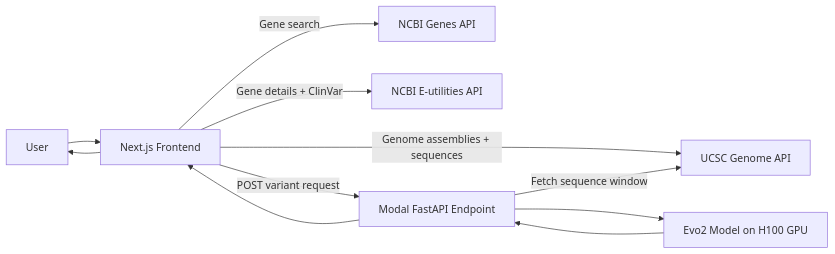
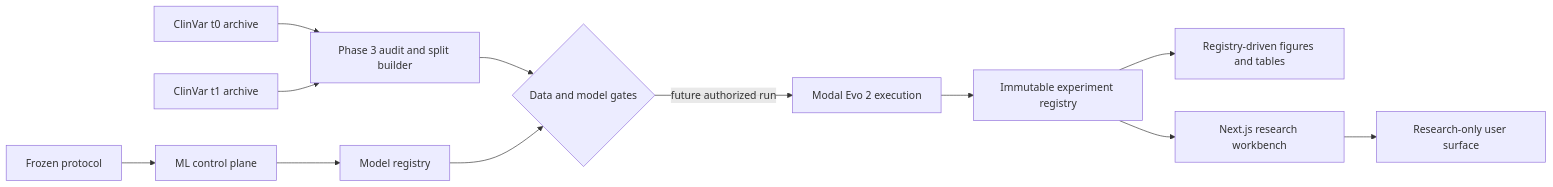
One commit to UtkarsHMer05/EvoVariant-TR- changed the diagram in README.md. Above: the diagram before and after it, drawn with Mermaid. The commit also changed other lines of this file, not shown here.

Commit message:
docs: align README with current research gates

````diff
--- a/README.md
+++ b/README.md
@@ -126,13 +103,14 @@
 ```mermaid
 flowchart LR
-    U[User] --> FE[Next.js Frontend]
-    FE -->|Gene search| NCBI1[NCBI Genes API]
-    FE -->|Gene details + ClinVar| NCBI2[NCBI E-utilities API]
-    FE -->|Genome assemblies + sequences| UCSC[UCSC Genome API]
-    FE -->|POST variant request| BE[Modal FastAPI Endpoint]
-    BE -->|Fetch sequence window| UCSC
-    BE --> EVO2[Evo2 Model on H100 GPU]
-    EVO2 --> BE
-    BE --> FE
-    FE --> U
+    P[ Frozen protocol ] --> C[ ML control plane ]
+    T0[ ClinVar t0 archive ] --> D[ Phase 3 audit and split builder ]
+    T1[ ClinVar t1 archive ] --> D
+    C --> R[ Model registry ]
+    D --> G{ Data and model gates }
+    R --> G
+    G -->|future authorized run| M[ Modal Evo 2 execution ]
+    M --> E[ Immutable experiment registry ]
+    E --> F[ Registry-driven figures and tables ]
+    E --> W[ Next.js research workbench ]
+    W --> U[ Research-only user surface ]
 ```
````
